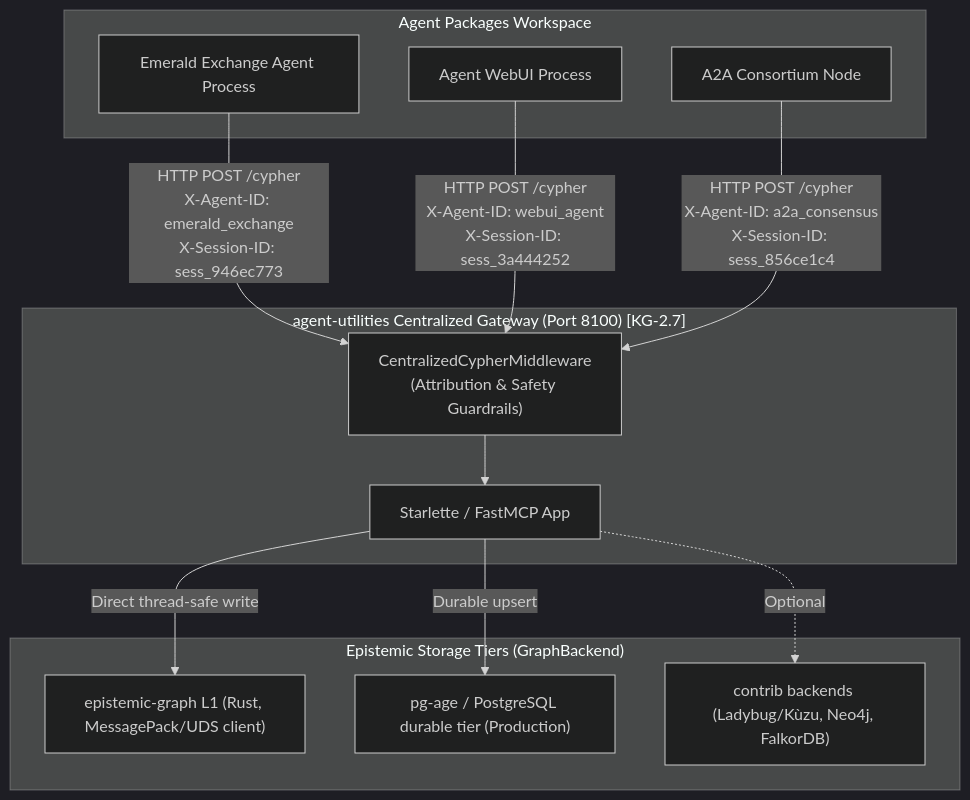
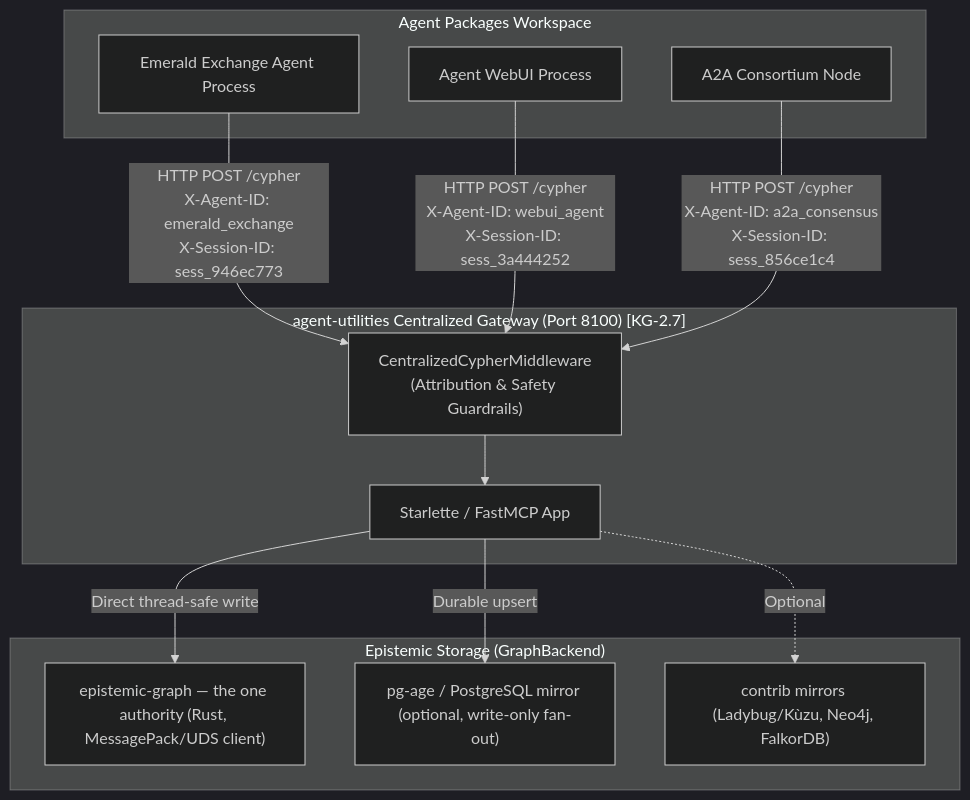
One commit to Knuckles-Team/agent-utilities changed the second of 3 diagrams in docs/centralized_kg_coordination.md. Above: the diagram before and after it, drawn with Mermaid (dark theme). The commit also changed 29 other files, not shown here.

````diff
--- a/docs/centralized_kg_coordination.md
+++ b/docs/centralized_kg_coordination.md
@@ -53,28 +53,28 @@
 ```mermaid
 graph TD
     subgraph "Agent Packages Workspace"
         Agent1["Emerald Exchange Agent Process"]
         Agent2["Agent WebUI Process"]
         Agent3["A2A Consortium Node"]
     end
 
     subgraph "agent-utilities Centralized Gateway (Port 8100) [KG-2.7]"
         Middleware["CentralizedCypherMiddleware<br/>(Attribution & Safety Guardrails)"]
         Server["Starlette / FastMCP App"]
     end
 
-    subgraph "Epistemic Storage Tiers (GraphBackend)"
-        Epistemic["epistemic-graph L1 (Rust, MessagePack/UDS client)"]
-        Postgres["pg-age / PostgreSQL durable tier (Production)"]
-        Contrib["contrib backends (Ladybug/Kùzu, Neo4j, FalkorDB)"]
+    subgraph "Epistemic Storage (GraphBackend)"
+        Epistemic["epistemic-graph — the one authority (Rust, MessagePack/UDS client)"]
+        Postgres["pg-age / PostgreSQL mirror (optional, write-only fan-out)"]
+        Contrib["contrib mirrors (Ladybug/Kùzu, Neo4j, FalkorDB)"]
     end
 
     Agent1 -->|HTTP POST /cypher<br/>X-Agent-ID: emerald_exchange<br/>X-Session-ID: sess_946ec773| Middleware
     Agent2 -->|HTTP POST /cypher<br/>X-Agent-ID: webui_agent<br/>X-Session-ID: sess_3a444252| Middleware
     Agent3 -->|HTTP POST /cypher<br/>X-Agent-ID: a2a_consensus<br/>X-Session-ID: sess_856ce1c4| Middleware
 
     Middleware --> Server
     Server -->|Direct thread-safe write| Epistemic
     Server -->|Durable upsert| Postgres
     Server -.->|Optional| Contrib
 ```
````
